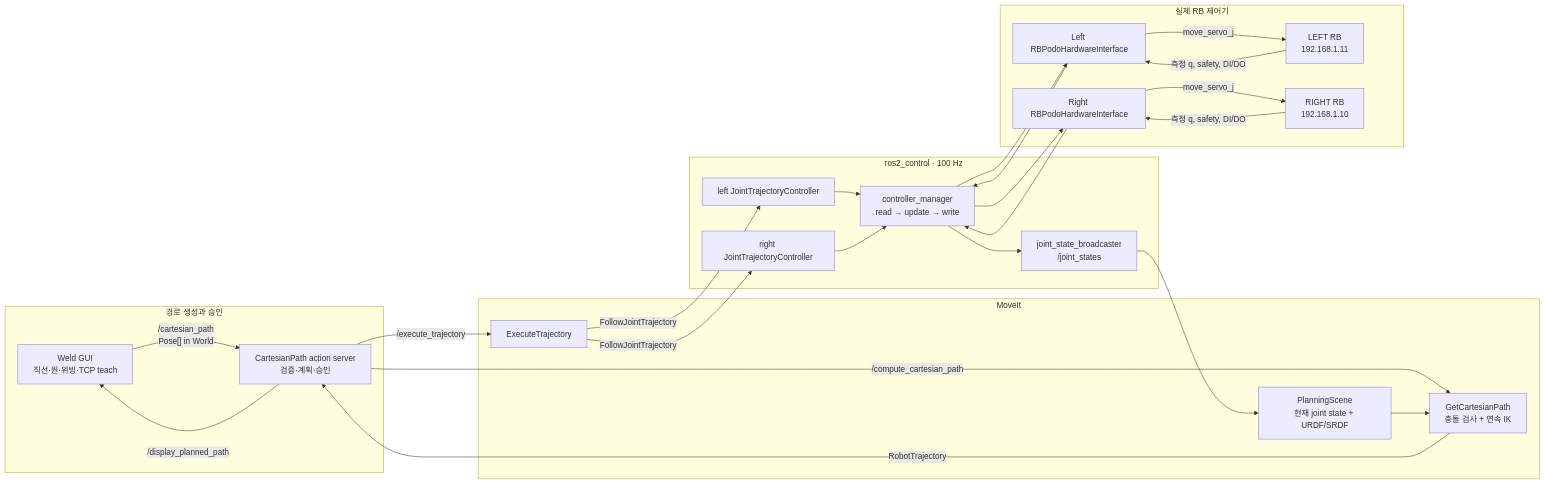
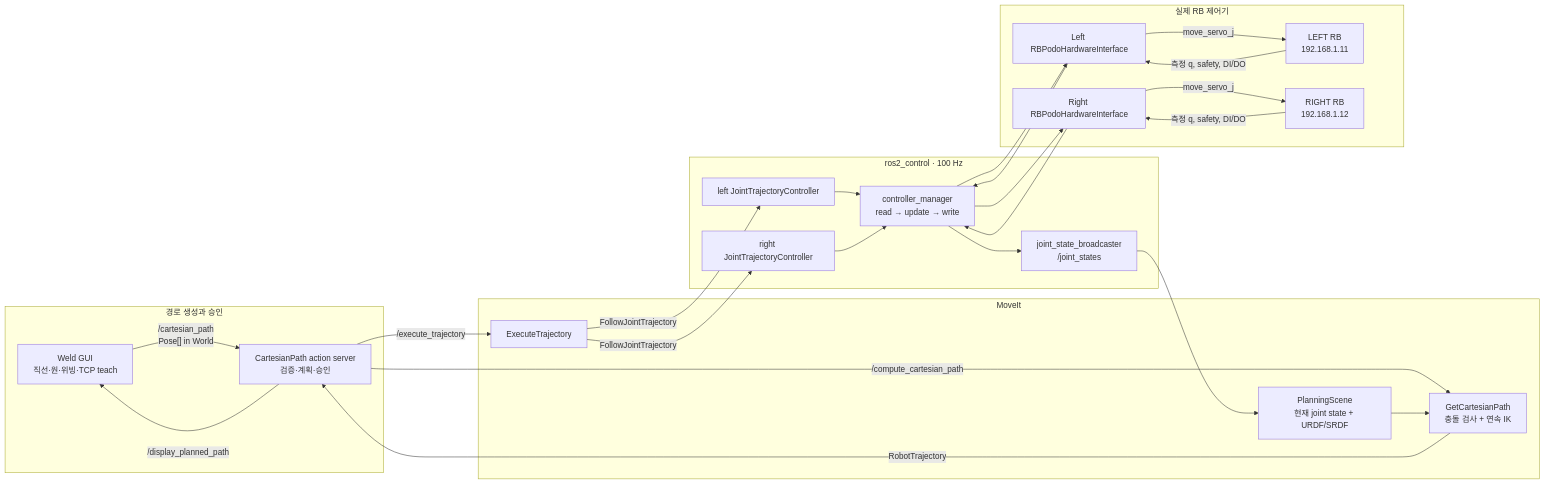
The first of 3 diagrams in docs/MOTION_MATH_AND_CONTROL_FLOW.md (songwookim/202607_kiro_construction_robotics), drawn with Mermaid before and after one commit. The commit also changed 29 other files, not shown here.

````diff
--- a/docs/MOTION_MATH_AND_CONTROL_FLOW.md
+++ b/docs/MOTION_MATH_AND_CONTROL_FLOW.md
@@ -9,48 +9,48 @@
 ```mermaid
 flowchart LR
   subgraph APP[경로 생성과 승인]
     GUI["Weld GUI<br/>직선·원·위빙·TCP teach"]
     AS["CartesianPath action server<br/>검증·계획·승인"]
   end
 
   subgraph MOVEIT[MoveIt]
     PS["PlanningScene<br/>현재 joint state + URDF/SRDF"]
     CP["GetCartesianPath<br/>충돌 검사 + 연속 IK"]
     EX["ExecuteTrajectory"]
   end
 
   subgraph CTRL[ros2_control · 100 Hz]
     LC["left JointTrajectoryController"]
     RC["right JointTrajectoryController"]
     CM["controller_manager<br/>read → update → write"]
     JS["joint_state_broadcaster<br/>/joint_states"]
   end
 
   subgraph HW[실제 RB 제어기]
     LH["Left RBPodoHardwareInterface"]
     RH["Right RBPodoHardwareInterface"]
     LRB["LEFT RB<br/>192.168.1.11"]
-    RRB["RIGHT RB<br/>192.168.1.10"]
+    RRB["RIGHT RB<br/>192.168.1.12"]
   end
 
   GUI -->|"/cartesian_path<br/>Pose[] in World"| AS
   AS -->|"/compute_cartesian_path"| CP
   PS --> CP
   CP -->|"RobotTrajectory"| AS
   AS -->|"/display_planned_path"| GUI
   AS -->|"/execute_trajectory"| EX
   EX -->|"FollowJointTrajectory"| LC
   EX -->|"FollowJointTrajectory"| RC
   LC --> CM
   RC --> CM
   CM --> LH
   CM --> RH
   LH -->|"move_servo_j"| LRB
   RH -->|"move_servo_j"| RRB
   LRB -->|"측정 q, safety, DI/DO"| LH
   RRB -->|"측정 q, safety, DI/DO"| RH
   LH --> CM
   RH --> CM
   CM --> JS
   JS --> PS
 ```
````
